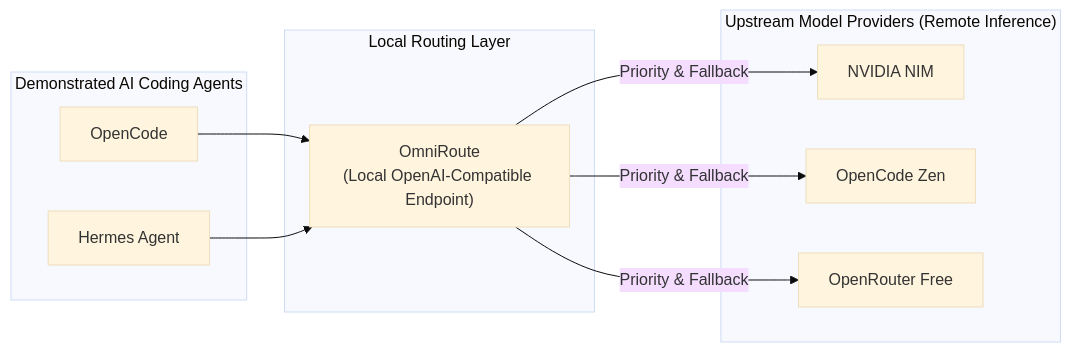
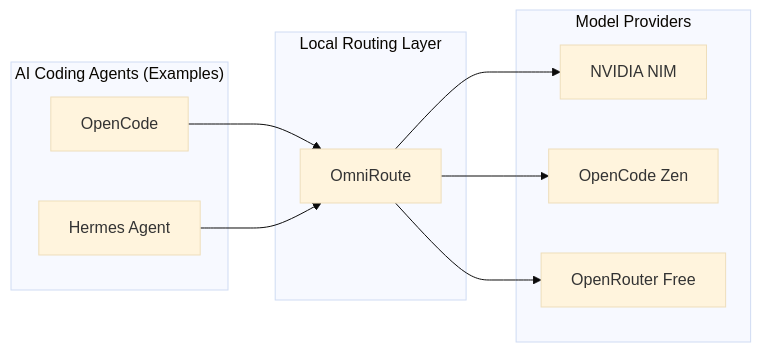
One commit to yi435/free-ai-agent-stack changed the diagram in README.md. Above: the diagram before and after it, drawn with Mermaid (base theme). The commit also changed other lines of this file and 5 other files, not shown here.

````diff
--- a/README.md
+++ b/README.md
@@ -13,24 +13,24 @@
 ```mermaid
 flowchart LR
-    subgraph Harnesses["Demonstrated AI Coding Agents"]
+    subgraph Agents["AI Coding Agents (Examples)"]
         OC["OpenCode"]
         HA["Hermes Agent"]
     end
 
     subgraph Router["Local Routing Layer"]
-        OR["OmniRoute<br/>(Local OpenAI-Compatible Endpoint)"]
+        OR["OmniRoute"]
     end
 
-    subgraph Providers["Upstream Model Providers (Remote Inference)"]
+    subgraph Providers["Model Providers"]
         NIM["NVIDIA NIM"]
         ZEN["OpenCode Zen"]
         ORF["OpenRouter Free"]
     end
 
     OC --> OR
     HA --> OR
 
-    OR -->|"Priority & Fallback"| NIM
-    OR -->|"Priority & Fallback"| ZEN
-    OR -->|"Priority & Fallback"| ORF
+    OR --> NIM
+    OR --> ZEN
+    OR --> ORF
 ```
````
